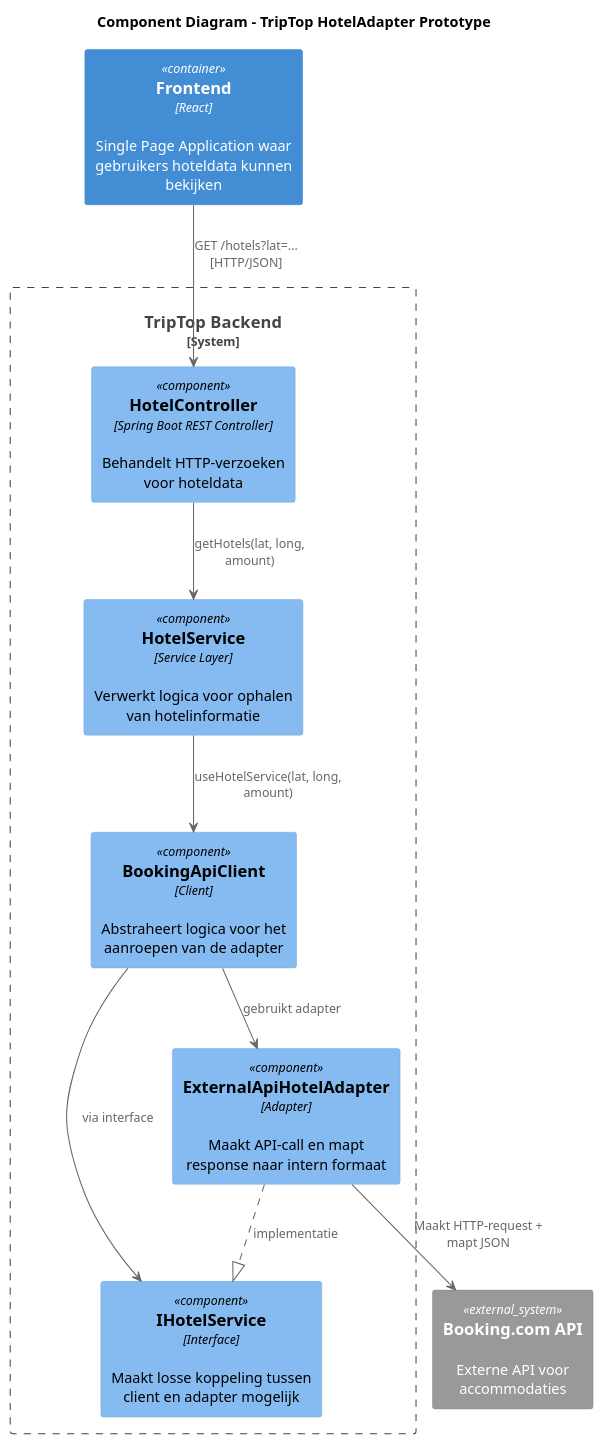
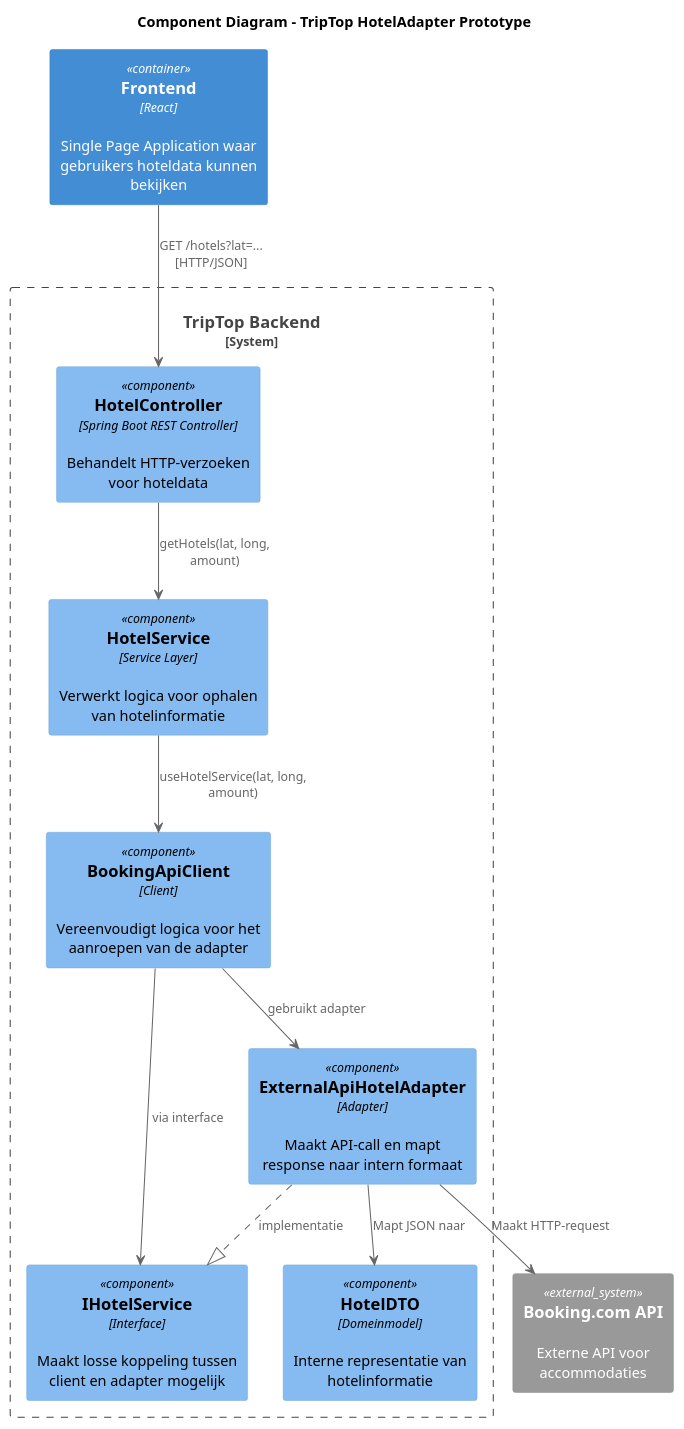
One commit to AIM-ENE-feb25/triptop-groep-3 changed the diagram in opdracht-diagrammen/Ontwerpvraag/C4 OntwerpVraag Tren/ComponentDiagramTren.puml. Above: the diagram before and after it, drawn with PlantUML. The commit also changed 4 other files, not shown here.

Commit message:
diagrammen update met DTO

```diff
--- a/opdracht-diagrammen/Ontwerpvraag/C4 OntwerpVraag Tren/ComponentDiagramTren.puml
+++ b/opdracht-diagrammen/Ontwerpvraag/C4 OntwerpVraag Tren/ComponentDiagramTren.puml
@@ -1,28 +1,30 @@
 @startuml C4_Components
 !include https://raw.githubusercontent.com/plantuml-stdlib/C4-PlantUML/master/C4_Component.puml
 
 title Component Diagram – TripTop HotelAdapter Prototype
 
 Container(Frontend, "Frontend", "React", "Single Page Application waar gebruikers hoteldata kunnen bekijken")
 
 System_Boundary(Backend, "TripTop Backend") {
 
     Component(HotelController, "HotelController", "Spring Boot REST Controller", "Behandelt HTTP-verzoeken voor hoteldata")
     Component(HotelService, "HotelService", "Service Layer", "Verwerkt logica voor ophalen van hotelinformatie")
-    Component(BookingApiClient, "BookingApiClient", "Client", "Abstraheert logica voor het aanroepen van de adapter")
+    Component(BookingApiClient, "BookingApiClient", "Client", "Vereenvoudigt logica voor het aanroepen van de adapter")
     Component(ExternalApiHotelAdapter, "ExternalApiHotelAdapter", "Adapter", "Maakt API-call en mapt response naar intern formaat")
     Component(IHotelService, "IHotelService", "Interface", "Maakt losse koppeling tussen client en adapter mogelijk")
+    Component(HotelDTO, "HotelDTO", "Domeinmodel", "Interne representatie van hotelinformatie")
 }
 
 System_Ext(BookingAPI, "Booking.com API", "Externe API voor accommodaties")
 
 ' Relaties
 Frontend --> HotelController : "GET /hotels?lat=... [HTTP/JSON]"
 HotelController --> HotelService : "getHotels(lat, long, amount)"
 HotelService --> BookingApiClient : "useHotelService(lat, long, amount)"
 BookingApiClient --> IHotelService : "via interface"
+BookingApiClient --> ExternalApiHotelAdapter : gebruikt adapter
 ExternalApiHotelAdapter ..|> IHotelService : implementatie
-BookingApiClient --> ExternalApiHotelAdapter : gebruikt adapter
-ExternalApiHotelAdapter --> BookingAPI : "Maakt HTTP-request + mapt JSON"
+ExternalApiHotelAdapter --> BookingAPI : "Maakt HTTP-request"
+ExternalApiHotelAdapter --> HotelDTO : "Mapt JSON naar"
 
 @enduml
```
